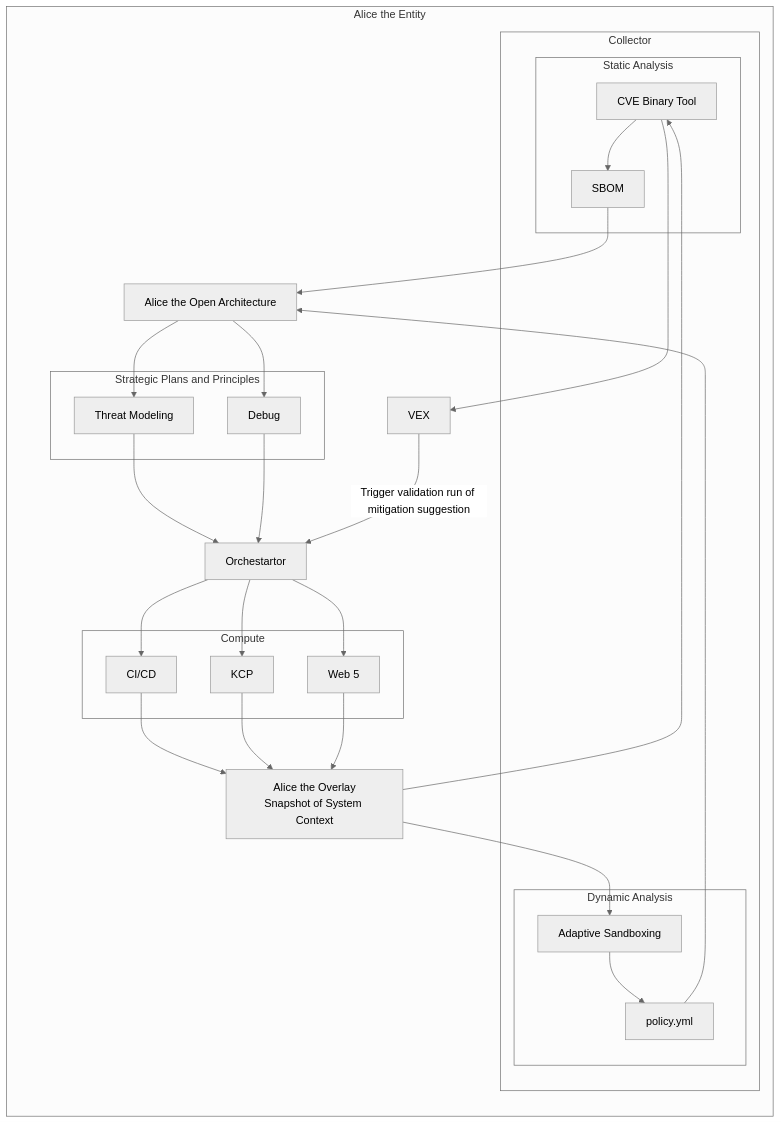
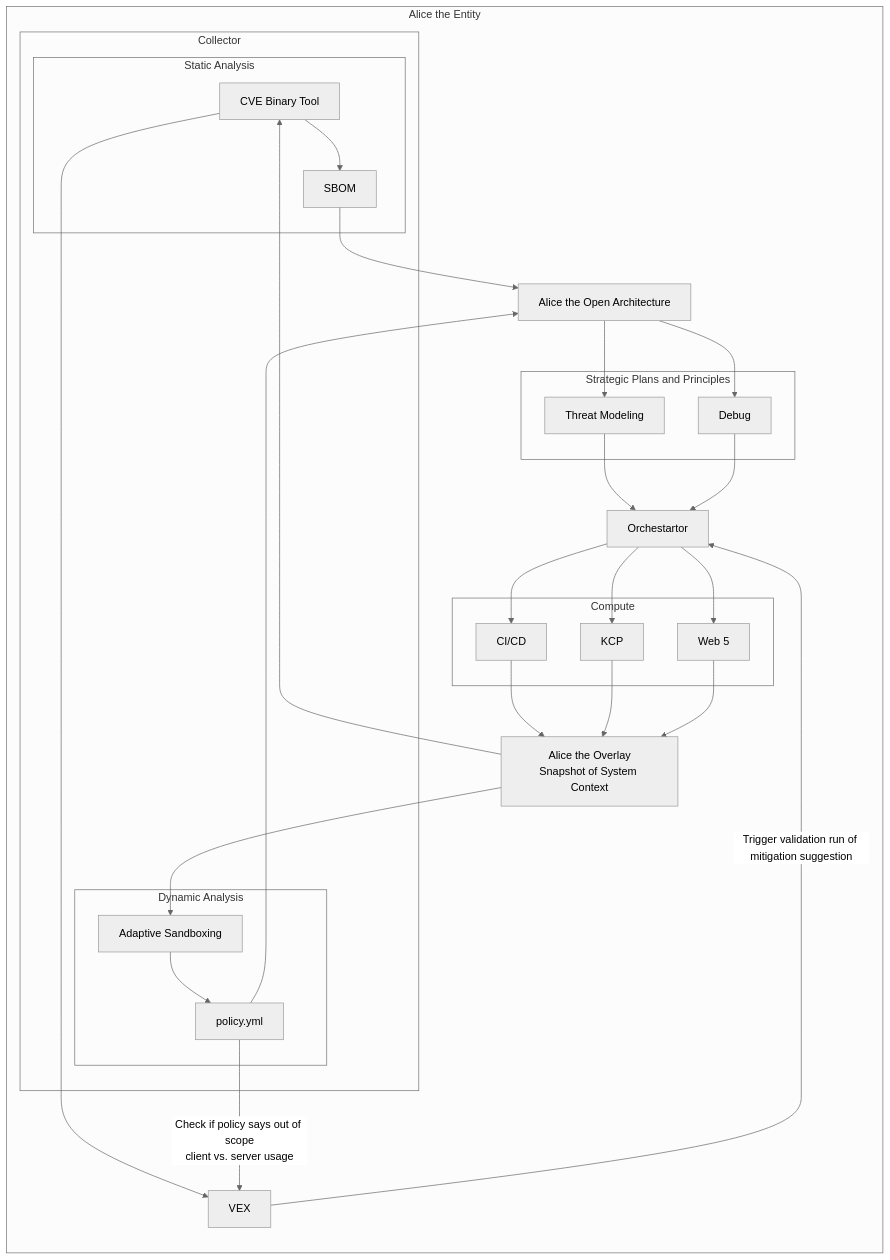
The diagram in docs/tutorials/rolling_alice/0000_architecting_alice/README.md (intel/dffml), drawn with Mermaid (neutral theme) before and after one commit.

Commit message:
docs: tutorials: rolling alice: architecting alice: introduction and context: Mention check on policy

````diff
--- a/docs/tutorials/rolling_alice/0000_architecting_alice/README.md
+++ b/docs/tutorials/rolling_alice/0000_architecting_alice/README.md
@@ -38,50 +38,51 @@
 ```mermaid
 graph BT
     subgraph Alice[Alice the Entity]
         subgraph compute[Compute]
         Web5[Web 5]
         KCP
         CI_CD[CI/CD]
         end
         subgraph soul[Strategic Plans and Principles]
         Threat_Modeling[Threat Modeling]
         Debug
         end
         subgraph collector[Collector]
         subgraph dynamic_analysis[Dynamic Analysis]
             policy[policy.yml]
             sandbox_policy_generator[Adaptive Sandboxing]
         end
         subgraph static_analysis[Static Analysis]
             cve_bin_tool[CVE Binary Tool]
             SBOM
         end
         end
         Open_Architecture
         Open_Architecture[Alice the Open Architecture]
         snapshot_system_context[Alice the Overlay<br>Snapshot of System Context]
         orchestartor[Orchestartor]
 
 
         Open_Architecture --> Threat_Modeling
         Open_Architecture --> Debug
 
         Threat_Modeling --> orchestartor
         Debug --> orchestartor
 
         orchestartor --> KCP
         orchestartor --> Web5
         orchestartor --> CI_CD
 
         CI_CD --> snapshot_system_context
         KCP --> snapshot_system_context
         Web5 --> snapshot_system_context
 
         snapshot_system_context --> sandbox_policy_generator
         snapshot_system_context --> cve_bin_tool
 
         sandbox_policy_generator --> policy --> Open_Architecture
         cve_bin_tool --> SBOM --> Open_Architecture
         cve_bin_tool --> VEX -->|Trigger validation run of mitigation suggestion| orchestartor
+        policy -->|Check if policy says out of scope<br>client vs. server usage| VEX
     end
 ```
````
